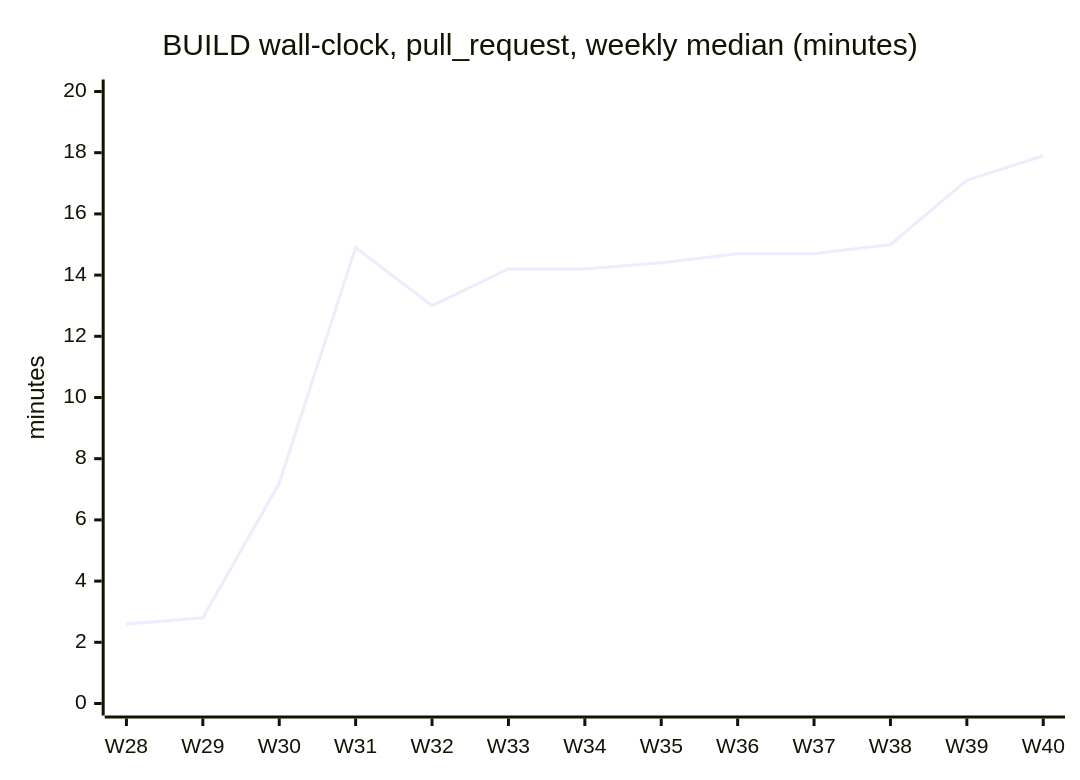
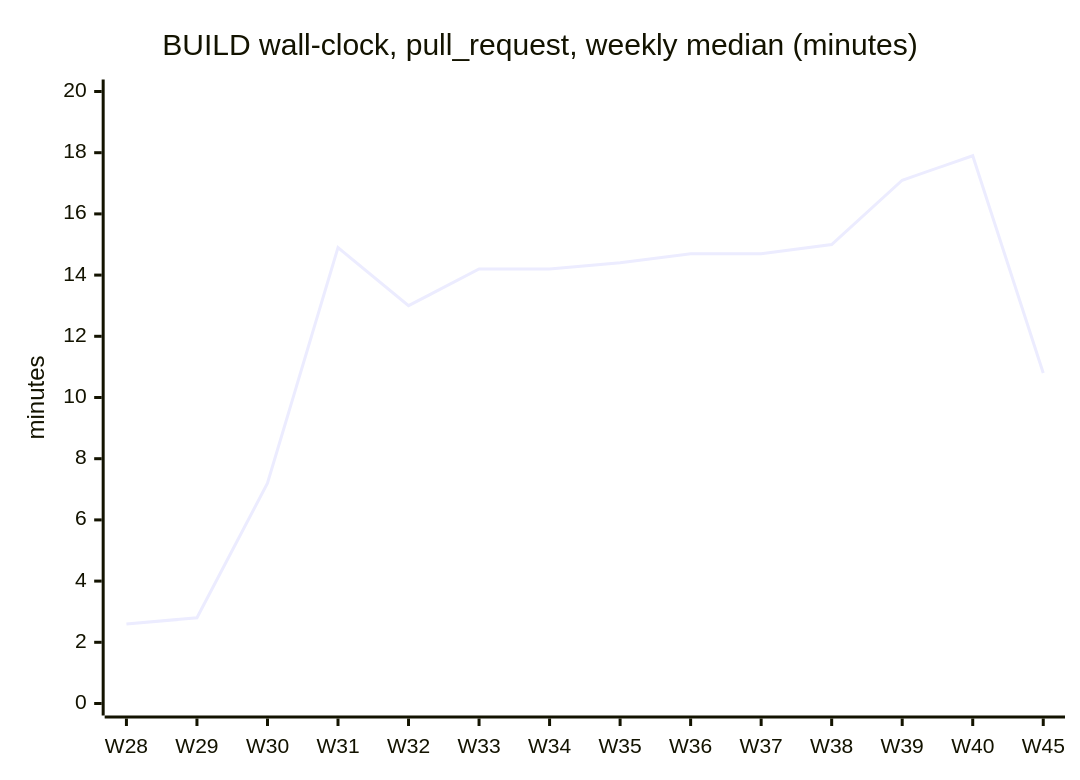
The second of 4 diagrams in .github/ci-metrics/data/CI_TIMINGS.md (MolarVerse/PQ), drawn with Mermaid before and after one commit. The commit also changed other lines of this file and 1 other file, not shown here.

````diff
--- a/.github/ci-metrics/data/CI_TIMINGS.md
+++ b/.github/ci-metrics/data/CI_TIMINGS.md
@@ -49,7 +47,7 @@
 ```mermaid
 xychart-beta
     title "BUILD wall-clock, pull_request, weekly median (minutes)"
-    x-axis ["W28", "W29", "W30", "W31", "W32", "W33", "W34", "W35", "W36", "W37", "W38", "W39", "W40"]
+    x-axis ["W28", "W29", "W30", "W31", "W32", "W33", "W34", "W35", "W36", "W37", "W38", "W39", "W40", "W45"]
     y-axis "minutes" 0 --> 20
-    line [2.6, 2.8, 7.2, 14.9, 13, 14.2, 14.2, 14.4, 14.7, 14.7, 15, 17.1, 17.9]
+    line [2.6, 2.8, 7.2, 14.9, 13, 14.2, 14.2, 14.4, 14.7, 14.7, 15, 17.1, 17.9, 10.8]
 ```
````
